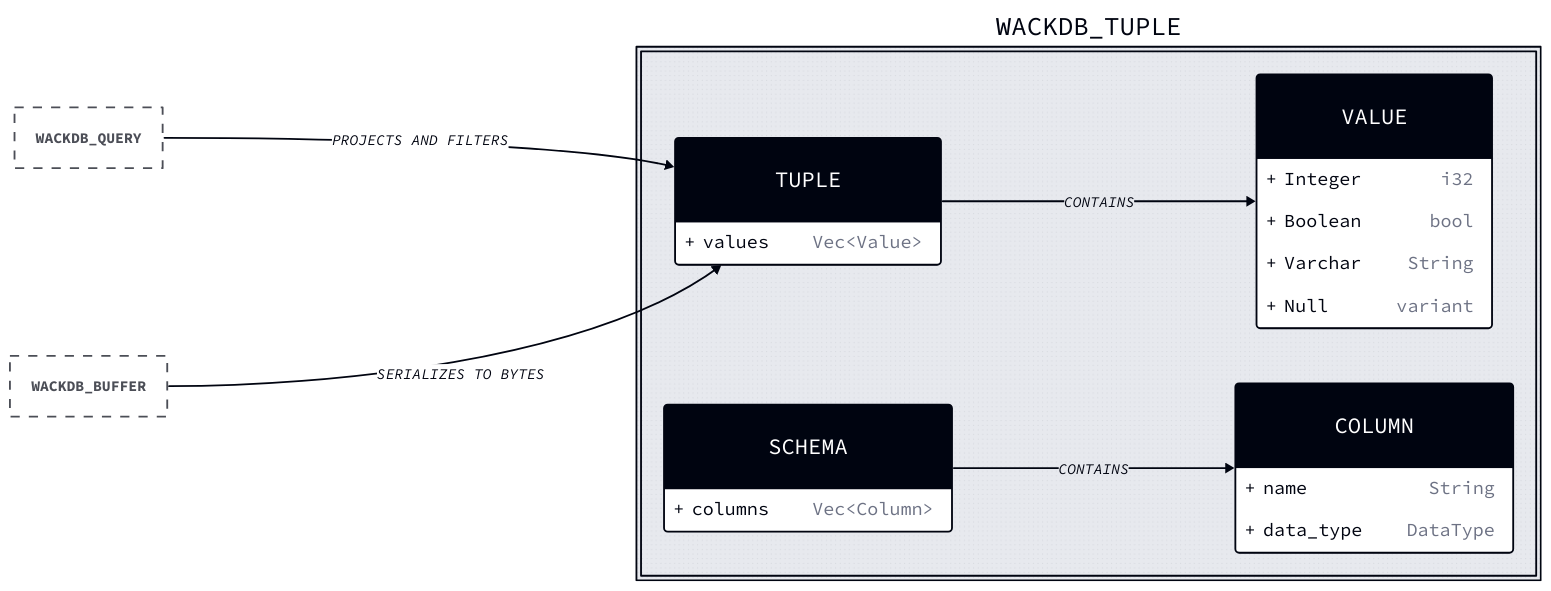
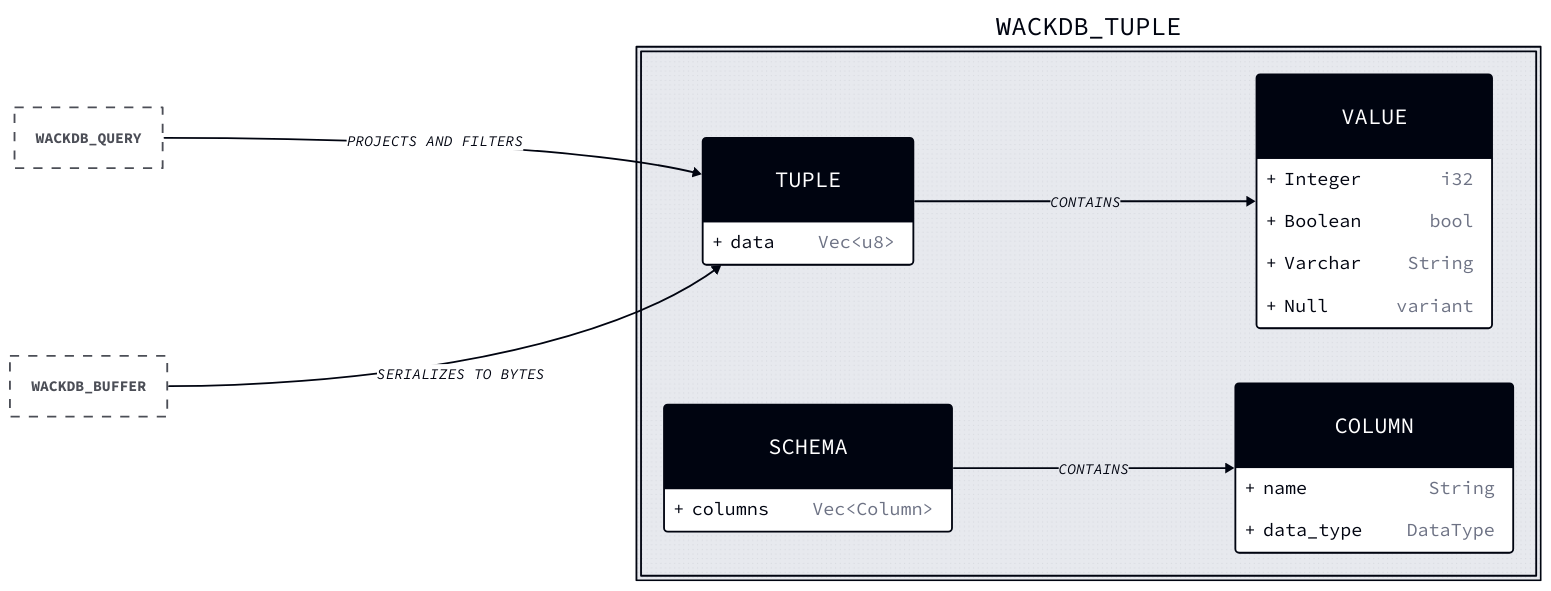
Before and after one commit to CHOCEK-RB/wackdb: the diagram in docs/diagrams/src/wackdb_tuple.d2, drawn with D2. The commit also changed 31 other files, not shown here.

Commit message:
docs: update architecture diagrams

```diff
--- a/docs/diagrams/src/wackdb_tuple.d2
+++ b/docs/diagrams/src/wackdb_tuple.d2
@@ -1,52 +1,52 @@
 direction: right
 
 vars: {
   d2-config: {
     theme-id: 301
   }
 }
 
 classes: {
   struct: {
     shape: class
     style: { border-radius: 4 }
   }
   external: {
     style: { stroke-dash: 5; opacity: 0.7 }
   }
 }
 
 wackdb_tuple: {
   Tuple: {
     class: struct
-    "+values": "Vec<Value>"
+    "+data": "Vec<u8>"
   }
 
   Value: {
     class: struct
     +Integer: i32
     +Boolean: bool
     +Varchar: String
     +Null: variant
   }
   
   Schema: {
     class: struct
     "+columns": "Vec<Column>"
   }
 
   Column: {
     class: struct
     +name: String
     +data_type: DataType
   }
 
   Tuple -> Value: "Contains"
   Schema -> Column: "Contains"
 }
 
 wackdb_query: { class: external }
 wackdb_buffer: { class: external }
 
 wackdb_query -> wackdb_tuple.Tuple: "Projects and filters"
 wackdb_buffer -> wackdb_tuple.Tuple: "Serializes to bytes"
```
